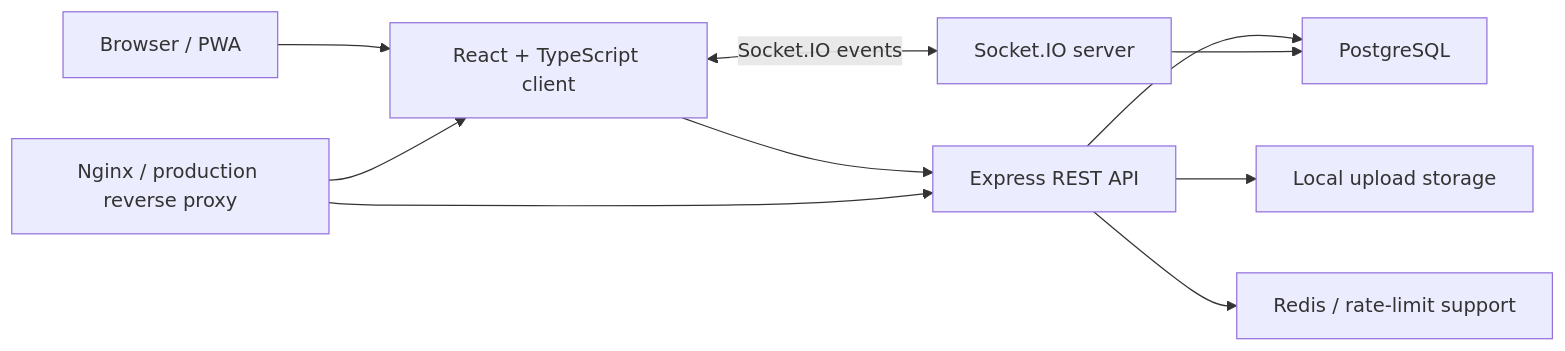
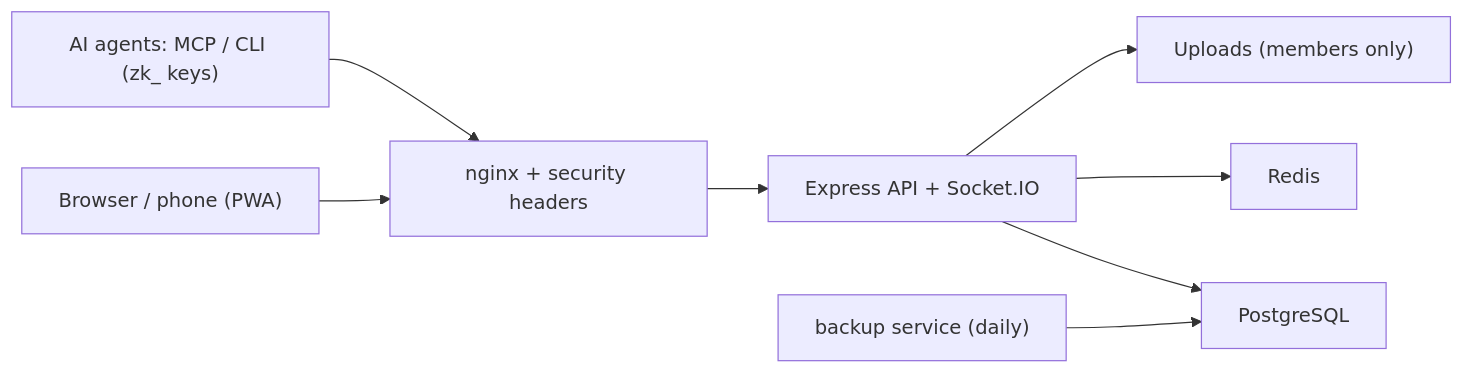
Before and after one commit to zhichkin44-del/Zokul: the diagram in README.md, drawn with Mermaid. The commit also changed other lines of this file and 7 other files, not shown here.

````diff
--- a/README.md
+++ b/README.md
@@ -97,12 +73,10 @@
 ```mermaid
 flowchart LR
-  User["Browser / PWA"] --> Client["React + TypeScript client"]
-  Client --> API["Express REST API"]
-  Client <-->|"Socket.IO events"| Realtime["Socket.IO server"]
-  API --> DB["PostgreSQL"]
-  Realtime --> DB
-  API --> Uploads["Local upload storage"]
-  API --> Redis["Redis / rate-limit support"]
-  Nginx["Nginx / production reverse proxy"] --> Client
-  Nginx --> API
+  People["Browser / phone (PWA)"] --> Nginx["nginx + security headers"]
+  Agents["AI agents: MCP / CLI (zk_ keys)"] --> Nginx
+  Nginx --> Server["Express API + Socket.IO"]
+  Server --> DB["PostgreSQL"]
+  Server --> Redis["Redis"]
+  Server --> Uploads["Uploads (members only)"]
+  Backup["backup service (daily)"] --> DB
 ```
````
